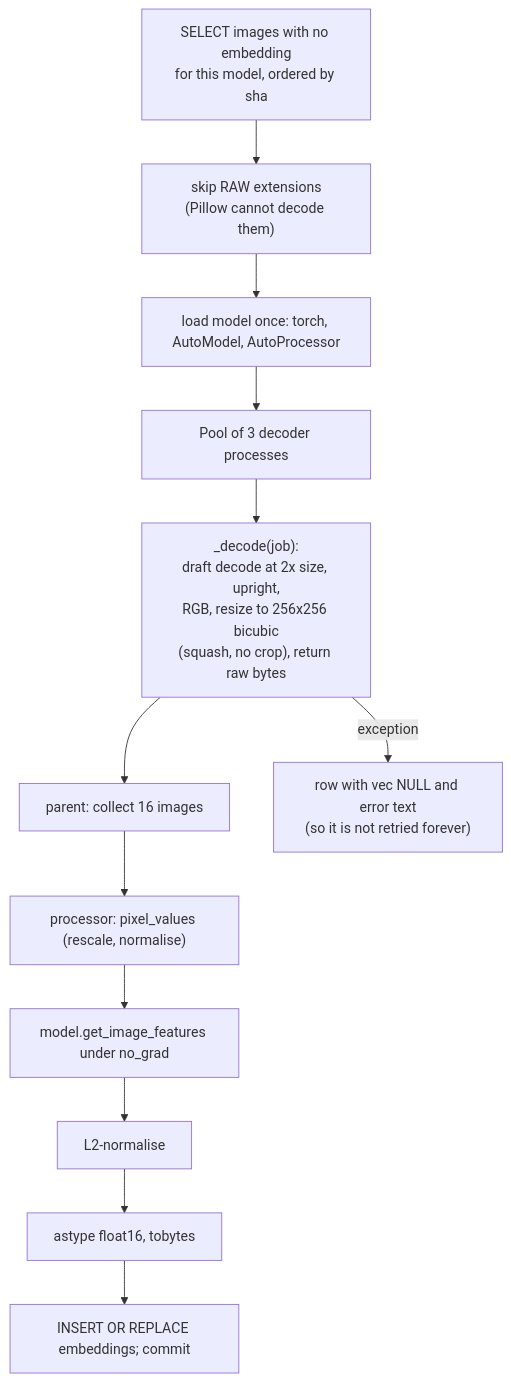
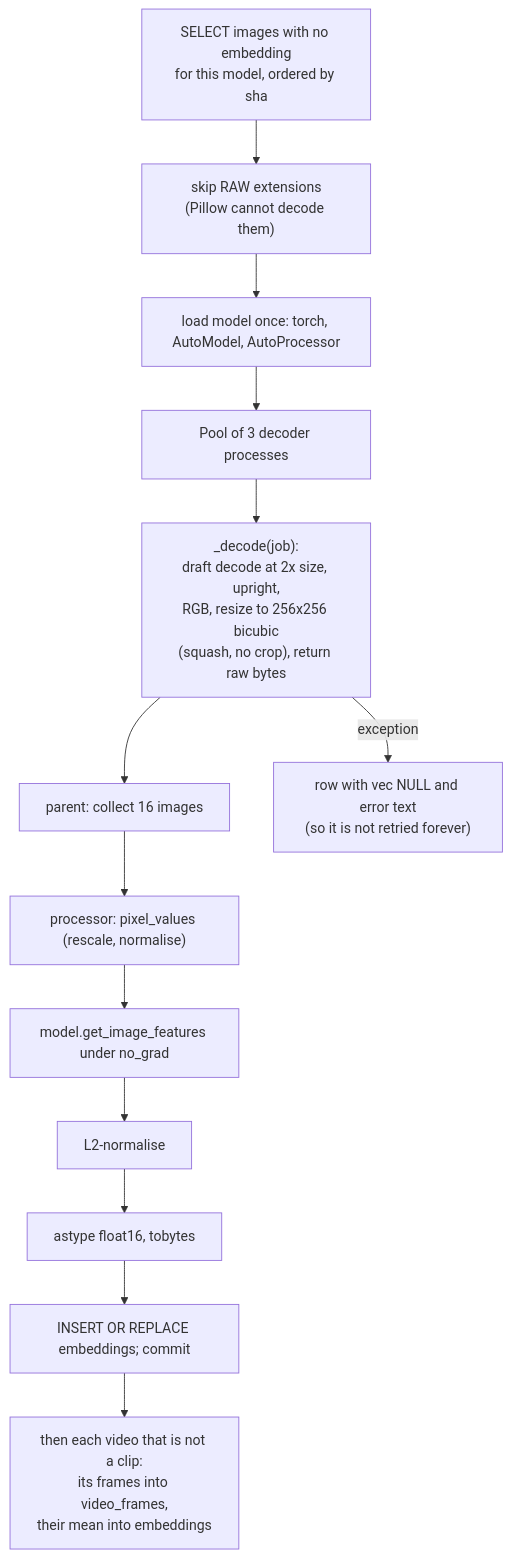
Before and after one commit to jflam/photo-estate: the second of 2 diagrams in docs/book/10-embeddings.md, drawn with Mermaid. The commit also changed other lines of this file and 19 other files, not shown here.

````diff
--- a/docs/book/10-embeddings.md
+++ b/docs/book/10-embeddings.md
@@ -133,14 +133,15 @@
 ```mermaid
 flowchart TD
     A["SELECT images with no embedding<br/>for this model, ordered by sha"] --> B["skip RAW extensions<br/>(Pillow cannot decode them)"]
     B --> C["load model once: torch, AutoModel, AutoProcessor"]
     C --> D["Pool of 3 decoder processes"]
     D --> E["_decode(job):<br/>draft decode at 2x size, upright,<br/>RGB, resize to 256x256 bicubic<br/>(squash, no crop), return raw bytes"]
     E --> F["parent: collect 16 images"]
     F --> G["processor: pixel_values (rescale, normalise)"]
     G --> H["model.get_image_features under no_grad"]
     H --> I["L2-normalise"]
     I --> J["astype float16, tobytes"]
     J --> K["INSERT OR REPLACE embeddings; commit"]
     E -->|"exception"| ERR["row with vec NULL and error text<br/>(so it is not retried forever)"]
+    K --> V["then each video that is not a clip:<br/>its frames into video_frames,<br/>their mean into embeddings"]
 ```
````
